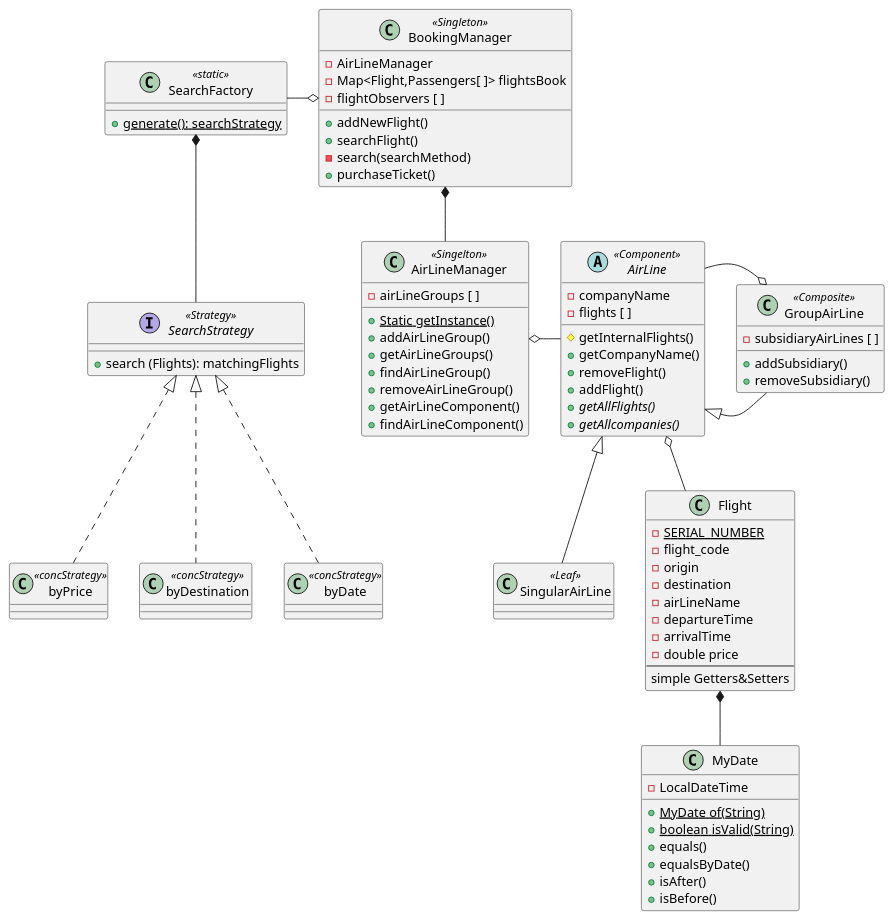
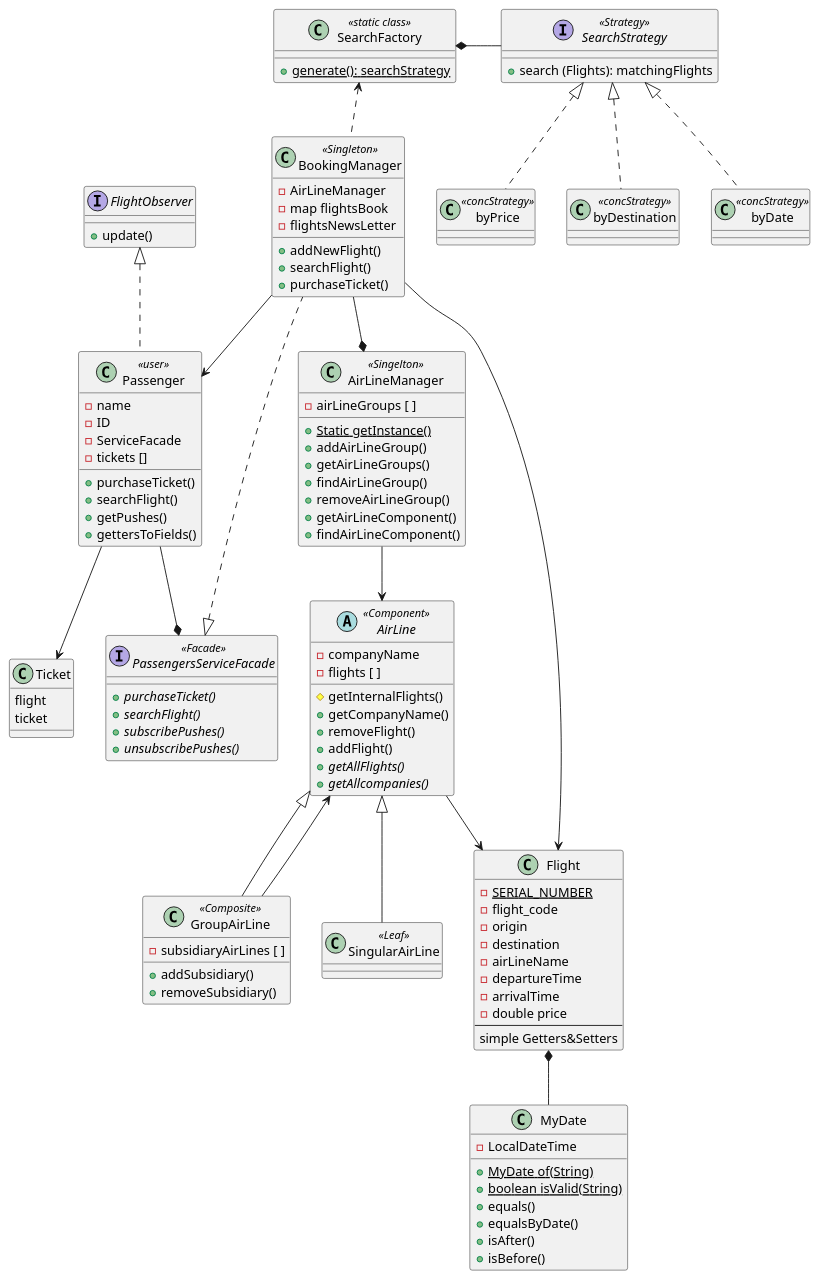
The diagram in out/production/flight_system_OOP_finalExam/air_port_system_diagram.puml (OmerCohen96/OOP_finalExam_FlightSystem), drawn with PlantUML before and after one commit. The commit also changed 63 other files, not shown here.

```diff
--- a/out/production/flight_system_OOP_finalExam/air_port_system_diagram.puml
+++ b/out/production/flight_system_OOP_finalExam/air_port_system_diagram.puml
@@ -1,94 +1,126 @@
 @startuml
 'https://plantuml.com/sequence-diagram
-
-SearchFactory *-- SearchStrategy
+BookingManager --> Passenger
+FlightObserver <|.. Passenger
+Passenger --> Ticket
+Passenger --* PassengersServiceFacade
+PassengersServiceFacade <|.. BookingManager
+SearchFactory *- SearchStrategy
 SearchStrategy <|.. byPrice
 SearchStrategy <|.. byDestination
 SearchStrategy <|.. byDate
-SearchFactory -right-o BookingManager
-BookingManager *-- AirLineManager
-AirLineManager o- AirLine
+SearchFactory <.. BookingManager
+BookingManager --* AirLineManager
+AirLineManager --> AirLine
 AirLine <|-- GroupAirLine
-GroupAirLine o- AirLine
+AirLine <-- GroupAirLine
 AirLine <|-- SingularAirLine
-AirLine o-- Flight
+AirLine --> Flight
 Flight *-- MyDate
+Flight <-- BookingManager
+
+class Ticket {
+flight
+ticket
+}
+
+interface FlightObserver{
+    +update()
+}
 
 interface SearchStrategy<<Strategy>>{
     +search (Flights): matchingFlights
 }
 
-class SearchFactory <<static>>{
+
+class Passenger<<user>>{
+    -name
+    -ID
+    -ServiceFacade
+    -tickets []
+    + purchaseTicket()
+    +searchFlight()
+    +getPushes()
+    +gettersToFields()
+}
+
+class SearchFactory <<static class>>{
     +{static}generate(): searchStrategy
 }
 
 class byPrice <<concStrategy>>
 class byDestination <<concStrategy>>
 class byDate <<concStrategy>>
 
+interface PassengersServiceFacade<<Facade>>{
+    +{abstract}purchaseTicket()
+    +{abstract}searchFlight()
+    +{abstract}subscribePushes()
+    +{abstract}unsubscribePushes()
+}
+
 class BookingManager <<Singleton>>{
     -AirLineManager
-    -Map<Flight,Passengers[ ]> flightsBook
-    -flightObservers [ ]
+    -map flightsBook
+    -flightsNewsLetter
     +addNewFlight()
     +searchFlight()
-    -search(searchMethod)
     +purchaseTicket()
 }
 
 class AirLineManager <<Singelton>>{
     -airLineGroups [ ]
     +{static}Static getInstance()
     +addAirLineGroup()
     +getAirLineGroups()
     +findAirLineGroup()
     +removeAirLineGroup()
     +getAirLineComponent()
     +findAirLineComponent()
 }
 
 abstract AirLine <<Component>>{
     -companyName
     -flights [ ]
 
     #getInternalFlights()
     +getCompanyName()
     +removeFlight()
     +addFlight()
     + {abstract} getAllFlights()
     + {abstract}  getAllcompanies()
 }
 
 class GroupAirLine <<Composite>> {
     -subsidiaryAirLines [ ]
     +addSubsidiary()
     +removeSubsidiary()
 }
 
 class SingularAirLine <<Leaf>>
 
 class Flight{
     -{static}SERIAL_NUMBER
     -flight_code
     -origin
     -destination
     -airLineName
     -departureTime
     -arrivalTime
     -double price
     --
     simple Getters&Setters
 }
 
 class MyDate{
     - LocalDateTime
     +{static}MyDate of(String)
     +{static}boolean isValid(String)
     +equals()
     +equalsByDate()
     +isAfter()
     +isBefore()
 }
 
 
 @enduml
```
